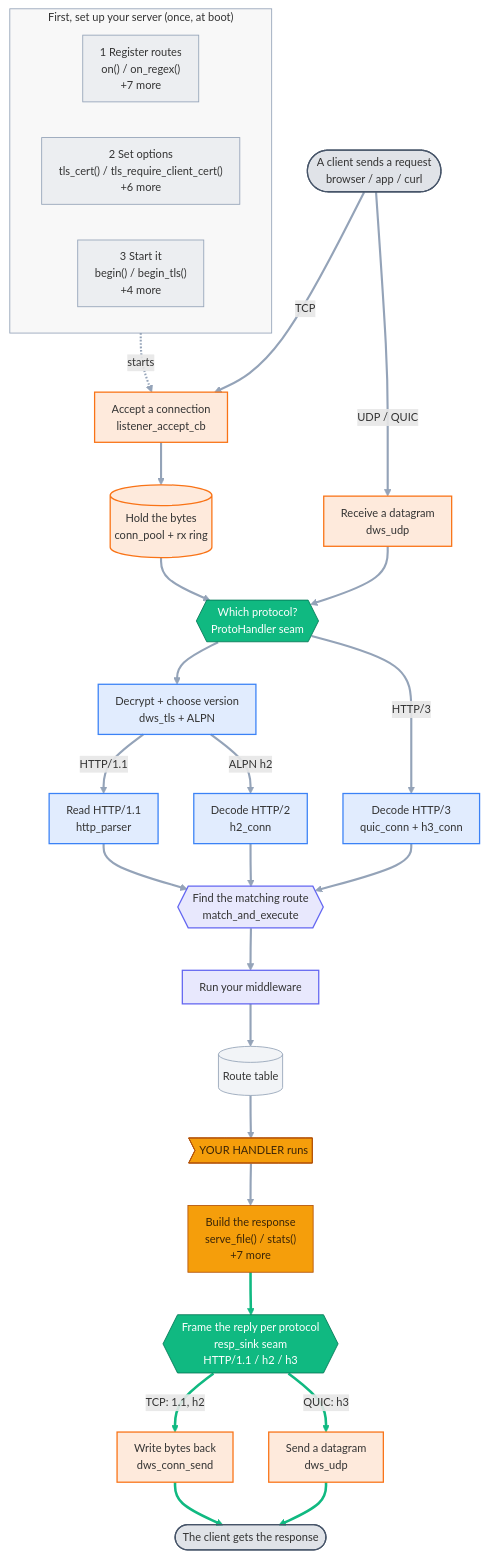
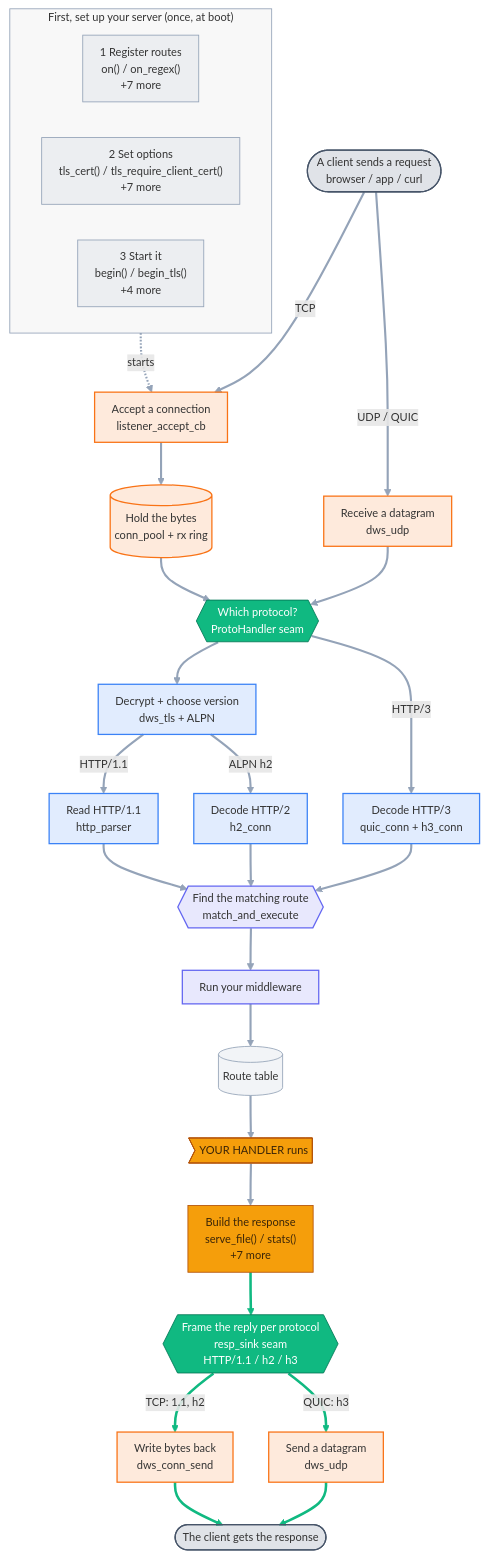
The diagram in docs/diagrams/api_flow.mmd (dstroy0/DeterministicESPAsyncWebServer), drawn with Mermaid before and after one commit. The commit also changed 9 other files, not shown here.

```diff
--- a/docs/diagrams/api_flow.mmd
+++ b/docs/diagrams/api_flow.mmd
@@ -1,69 +1,69 @@
 %%{init: {'themeVariables':{'fontFamily':'ui-sans-serif,system-ui,Segoe UI,Roboto,sans-serif','fontSize':'13px','lineColor':'#94a3b8'},'flowchart':{'curve':'basis','nodeSpacing':42,'rankSpacing':50,'padding':10,'useMaxWidth':true}}}%%
 flowchart TB
   %% Auto-generated from the public API, proto_builtins.cpp, and presentation/ on disk.
   subgraph SETUP["First, set up your server (once, at boot)"]
     direction LR
     reg["1 Register routes<br/>on() / on_regex()<br/>+7 more"]
-    cfg["2 Set options<br/>tls_cert() / tls_require_client_cert()<br/>+6 more"]
+    cfg["2 Set options<br/>tls_cert() / tls_require_client_cert()<br/>+7 more"]
     run["3 Start it<br/>begin() / begin_tls()<br/>+4 more"]
   end
 
   cin(["A client sends a request<br/>browser / app / curl"])
   listen["Accept a connection<br/>listener_accept_cb"]
   ring[("Hold the bytes<br/>conn_pool + rx ring")]
   udprx["Receive a datagram<br/>dws_udp"]
   seam{{"Which protocol?<br/>ProtoHandler seam<br/>"}}
   tls["Decrypt + choose version<br/>dws_tls + ALPN"]
   parser["Read HTTP/1.1<br/>http_parser"]
   h2["Decode HTTP/2<br/>h2_conn"]
   h3["Decode HTTP/3<br/>quic_conn + h3_conn"]
   mae{{"Find the matching route<br/>match_and_execute"}}
   mw["Run your middleware"]
   routes[("Route table")]
   handler>"YOUR HANDLER runs"]
   resp["Build the response<br/>serve_file() / stats()<br/>+7 more"]
   sink{{"Frame the reply per protocol<br/>resp_sink seam<br/>HTTP/1.1 / h2 / h3"}}
   consend["Write bytes back<br/>dws_conn_send"]
   udptx["Send a datagram<br/>dws_udp"]
   cout(["The client gets the response"])
 
   run -.->|starts| listen
   cin ==>|TCP| listen
   listen --> ring
   ring --> seam
   cin ==>|UDP / QUIC| udprx
   udprx --> seam
   seam --> tls
   tls -->|HTTP/1.1| parser
   tls -->|ALPN h2| h2
   seam -->|HTTP/3| h3
   parser --> mae
   h2 --> mae
   h3 --> mae
   mae --> mw
   mw --> routes
   routes --> handler
   handler --> resp
   resp --> sink
   sink -->|TCP: 1.1, h2| consend
   sink -->|QUIC: h3| udptx
   consend ==> cout
   udptx ==> cout
 
   class cin,cout ext;
   class reg,cfg,run,routes setup;
   class listen,ring,udprx,udptx,consend l4;
   class seam,sink seam;
   class tls,parser,h2,h3 l6;
   class mae,mw l7;
   class handler,resp you;
   classDef ext fill:#64748b33,stroke:#475569,stroke-width:1.5px;
   classDef setup fill:#94a3b81f,stroke:#94a3b8;
   classDef l4 fill:#f9731626,stroke:#f97316,stroke-width:1.5px;
   classDef seam fill:#10b981,stroke:#047857,color:#ffffff;
   classDef l6 fill:#3b82f626,stroke:#3b82f6,stroke-width:1.5px;
   classDef l7 fill:#6366f126,stroke:#6366f1,stroke-width:1.5px;
   classDef you fill:#f59e0b,stroke:#b45309,color:#3b2508;
   style SETUP fill:#8888880f,stroke:#94a3b8,stroke-width:1px;
   linkStyle default stroke-width:2.5px;
   linkStyle 17,18,19,20,21 stroke:#10b981,stroke-width:3px;
```
